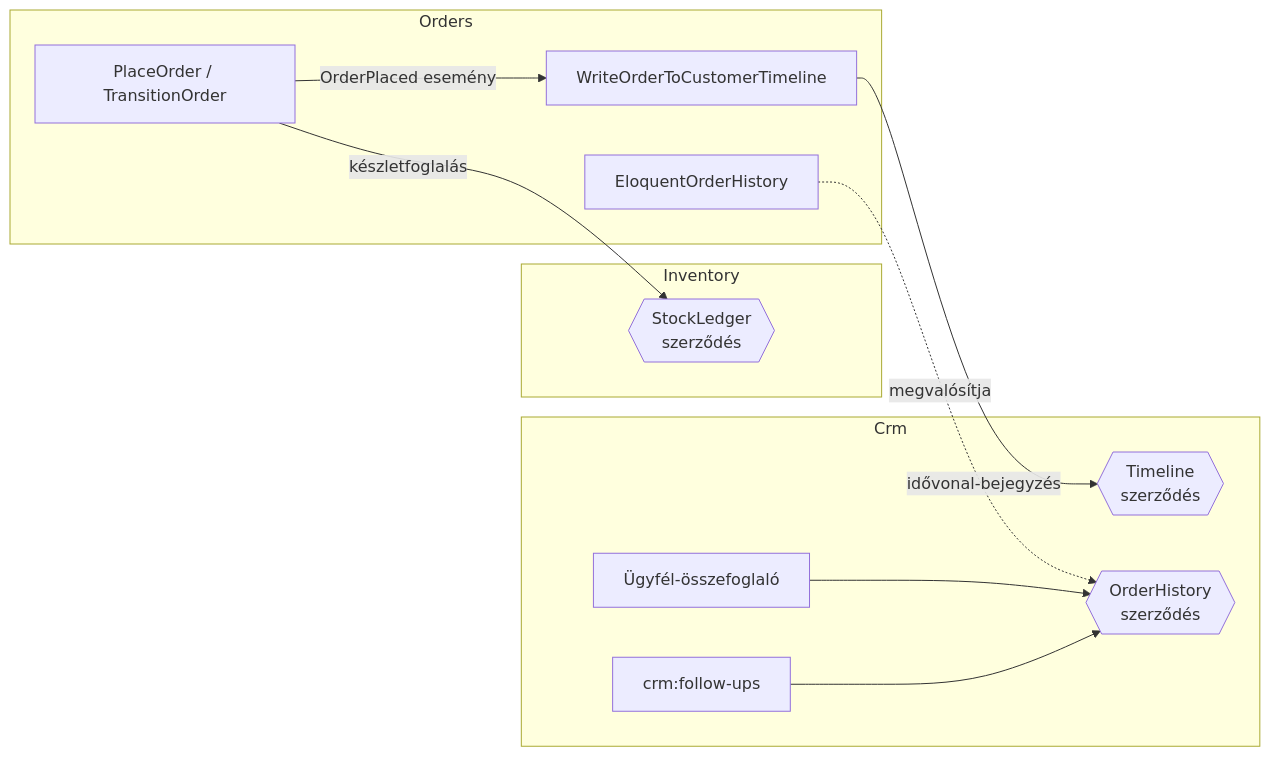
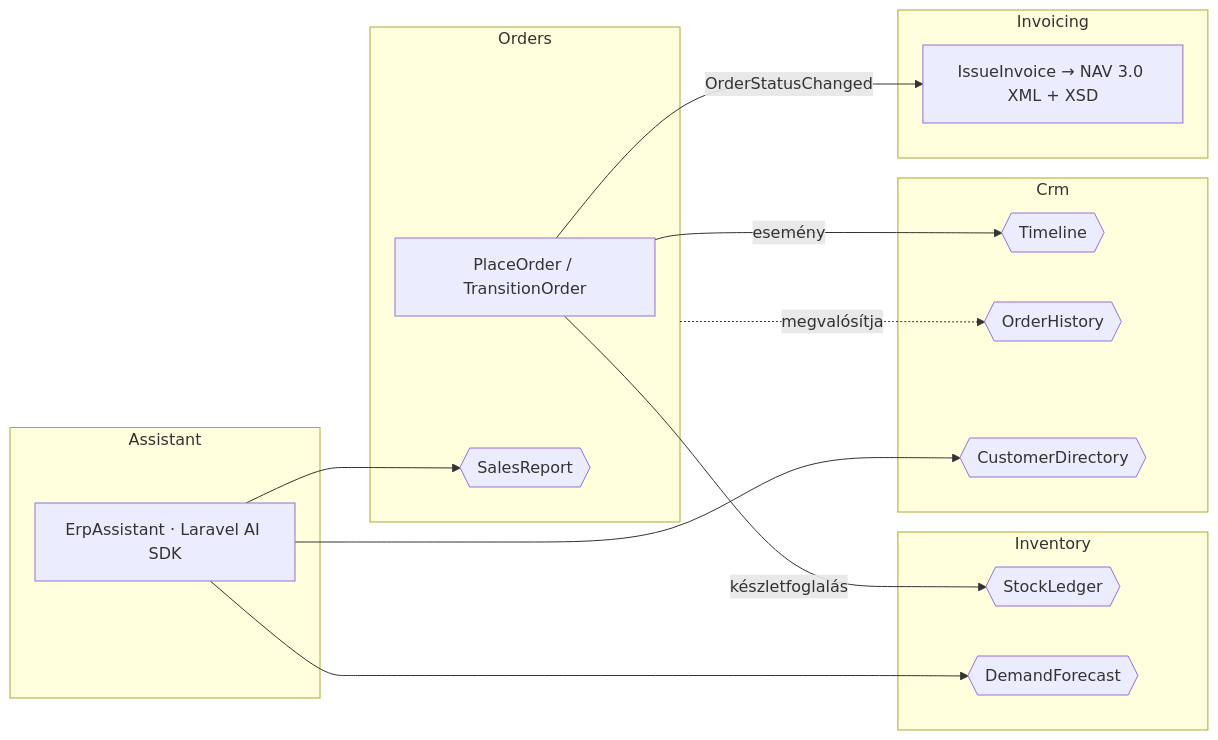
The diagram in README.md (waxeee57-cyber/minierp), drawn with Mermaid before and after one commit. The commit also changed other lines of this file and 8 other files, not shown here.

First line of the commit message:
docs: README az új modulokkal, új bemutató GIF, ERD és képernyők

````diff
--- a/README.md
+++ b/README.md
@@ -65,22 +52,27 @@
 ```mermaid
 flowchart LR
     subgraph Orders
         PO[PlaceOrder / TransitionOrder]
-        OH[EloquentOrderHistory]
-        L[WriteOrderToCustomerTimeline]
+        SR{{SalesReport}}
     end
     subgraph Inventory
-        SL{{StockLedger<br/>szerződés}}
+        SL{{StockLedger}}
+        DF{{DemandForecast}}
     end
     subgraph Crm
-        TL{{Timeline<br/>szerződés}}
-        OHC{{OrderHistory<br/>szerződés}}
-        SUM[Ügyfél-összefoglaló]
-        FU[crm:follow-ups]
+        TL{{Timeline}}
+        OH{{OrderHistory}}
+        CD{{CustomerDirectory}}
+    end
+    subgraph Invoicing
+        II[IssueInvoice → NAV 3.0 XML + XSD]
+    end
+    subgraph Assistant
+        AI[ErpAssistant · Laravel AI SDK]
     end
     PO -- készletfoglalás --> SL
-    PO -- OrderPlaced esemény --> L -- idővonal-bejegyzés --> TL
-    OH -. megvalósítja .-> OHC
-    SUM --> OHC
-    FU --> OHC
+    PO -- esemény --> TL
+    Orders -. megvalósítja .-> OH
+    PO -- OrderStatusChanged --> II
+    AI --> CD & SR & DF
 ```
````
